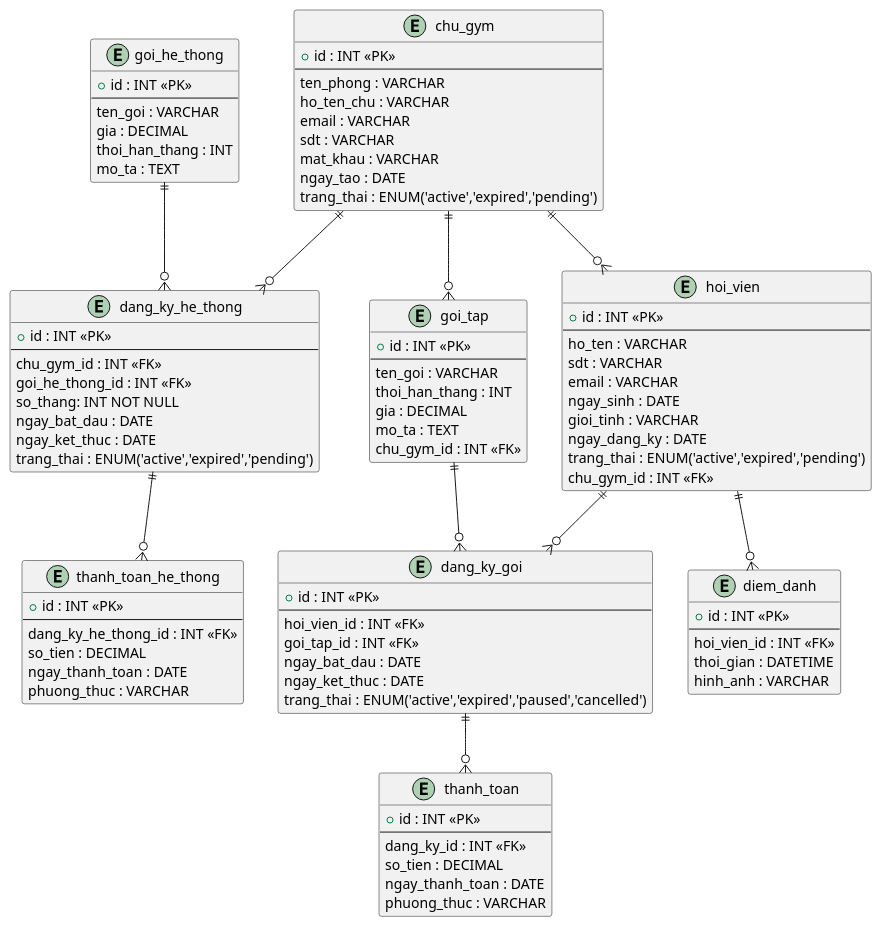
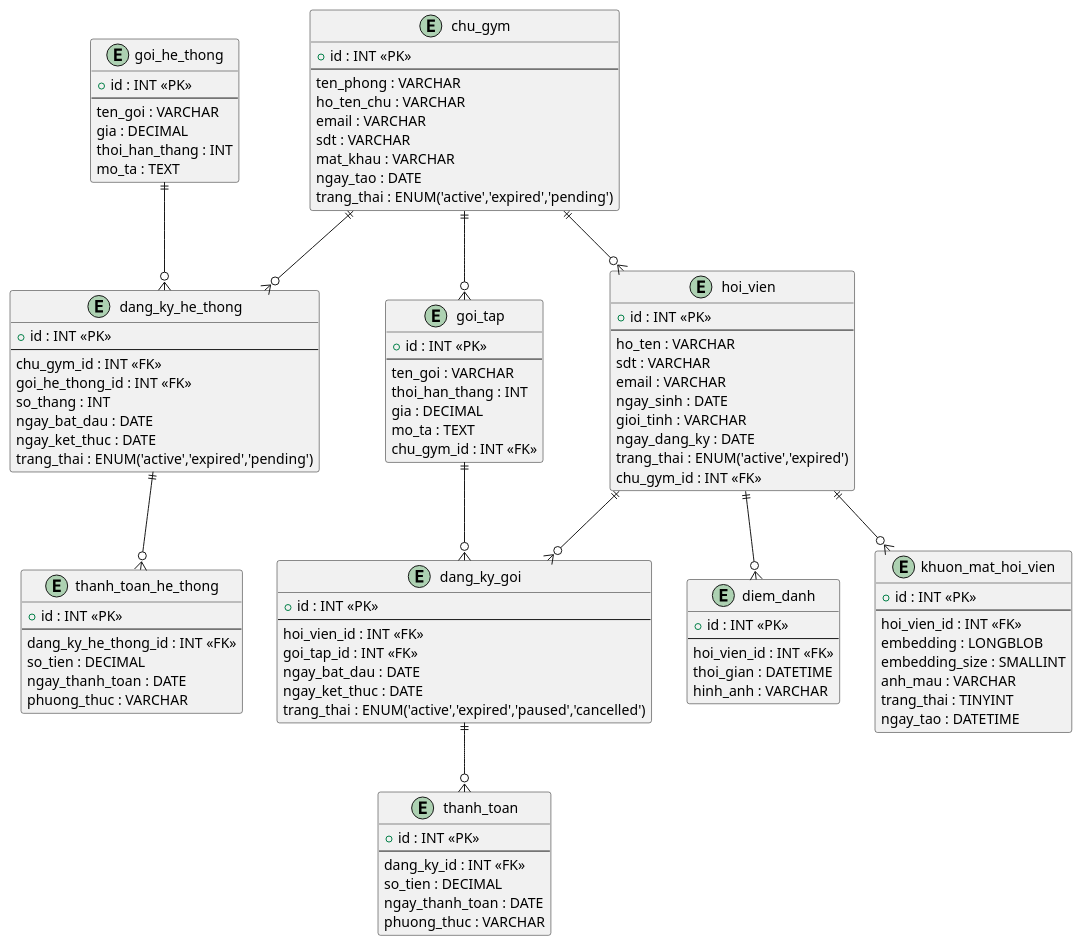
Before and after one commit to chivi0801/HeThong_GymPro: the diagram in diagrams/ERD.puml, drawn with PlantUML. The commit also changed 1 other file, not shown here.

```diff
--- a/diagrams/ERD.puml
+++ b/diagrams/ERD.puml
@@ -1,123 +1,136 @@
 @startuml
 ' ==========================================
 ' ERD - Hệ thống Gym SaaS (Multi-tenant)
 ' ==========================================
 
 ' ======================
 ' TẦNG 1 - HỆ THỐNG SAAS
 ' ======================
 
 entity chu_gym {
   +id : INT <<PK>>
   --
   ten_phong : VARCHAR
   ho_ten_chu : VARCHAR
   email : VARCHAR
   sdt : VARCHAR
   mat_khau : VARCHAR
   ngay_tao : DATE
   trang_thai : ENUM('active','expired','pending')
 }
 
 entity goi_he_thong {
   +id : INT <<PK>>
   --
   ten_goi : VARCHAR
   gia : DECIMAL
   thoi_han_thang : INT
   mo_ta : TEXT
 }
 
 entity dang_ky_he_thong {
   +id : INT <<PK>>
   --
   chu_gym_id : INT <<FK>>
   goi_he_thong_id : INT <<FK>>
-  so_thang: INT NOT NULL
+  so_thang : INT
   ngay_bat_dau : DATE
   ngay_ket_thuc : DATE
   trang_thai : ENUM('active','expired','pending')
 }
 
 entity thanh_toan_he_thong {
   +id : INT <<PK>>
   --
   dang_ky_he_thong_id : INT <<FK>>
   so_tien : DECIMAL
   ngay_thanh_toan : DATE
   phuong_thuc : VARCHAR
 }
 
 ' =========================
 ' TẦNG 2 - QUẢN LÝ PHÒNG GYM
 ' =========================
 
 entity hoi_vien {
   +id : INT <<PK>>
   --
   ho_ten : VARCHAR
   sdt : VARCHAR
   email : VARCHAR
   ngay_sinh : DATE
   gioi_tinh : VARCHAR
   ngay_dang_ky : DATE
-  trang_thai : ENUM('active','expired','pending')
+  trang_thai : ENUM('active','expired')
   chu_gym_id : INT <<FK>>
 }
 
 entity goi_tap {
   +id : INT <<PK>>
   --
   ten_goi : VARCHAR
   thoi_han_thang : INT
   gia : DECIMAL
   mo_ta : TEXT
   chu_gym_id : INT <<FK>>
 }
 
 entity dang_ky_goi {
   +id : INT <<PK>>
   --
   hoi_vien_id : INT <<FK>>
   goi_tap_id : INT <<FK>>
   ngay_bat_dau : DATE
   ngay_ket_thuc : DATE
   trang_thai : ENUM('active','expired','paused','cancelled')
 }
 
 entity thanh_toan {
   +id : INT <<PK>>
   --
   dang_ky_id : INT <<FK>>
   so_tien : DECIMAL
   ngay_thanh_toan : DATE
   phuong_thuc : VARCHAR
 }
 
 entity diem_danh {
   +id : INT <<PK>>
   --
   hoi_vien_id : INT <<FK>>
   thoi_gian : DATETIME
   hinh_anh : VARCHAR
 }
 
+entity khuon_mat_hoi_vien {
+  +id : INT <<PK>>
+  --
+  hoi_vien_id : INT <<FK>>
+  embedding : LONGBLOB
+  embedding_size : SMALLINT
+  anh_mau : VARCHAR
+  trang_thai : TINYINT
+  ngay_tao : DATETIME
+}
+
 ' ======================
 ' RELATIONSHIPS
 ' ======================
 
 chu_gym ||--o{ dang_ky_he_thong
 goi_he_thong ||--o{ dang_ky_he_thong
 dang_ky_he_thong ||--o{ thanh_toan_he_thong
 
 chu_gym ||--o{ hoi_vien
 chu_gym ||--o{ goi_tap
 
 hoi_vien ||--o{ dang_ky_goi
 goi_tap  ||--o{ dang_ky_goi
 
 dang_ky_goi ||--o{ thanh_toan
 
 hoi_vien ||--o{ diem_danh
 
+hoi_vien ||--o{ khuon_mat_hoi_vien
+
 @enduml
```
